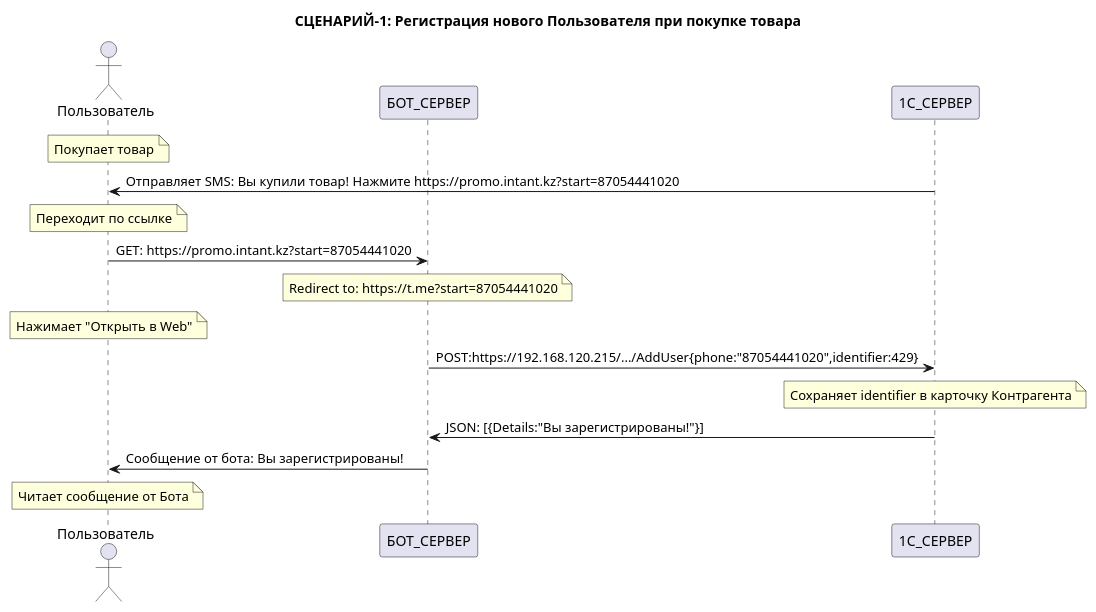
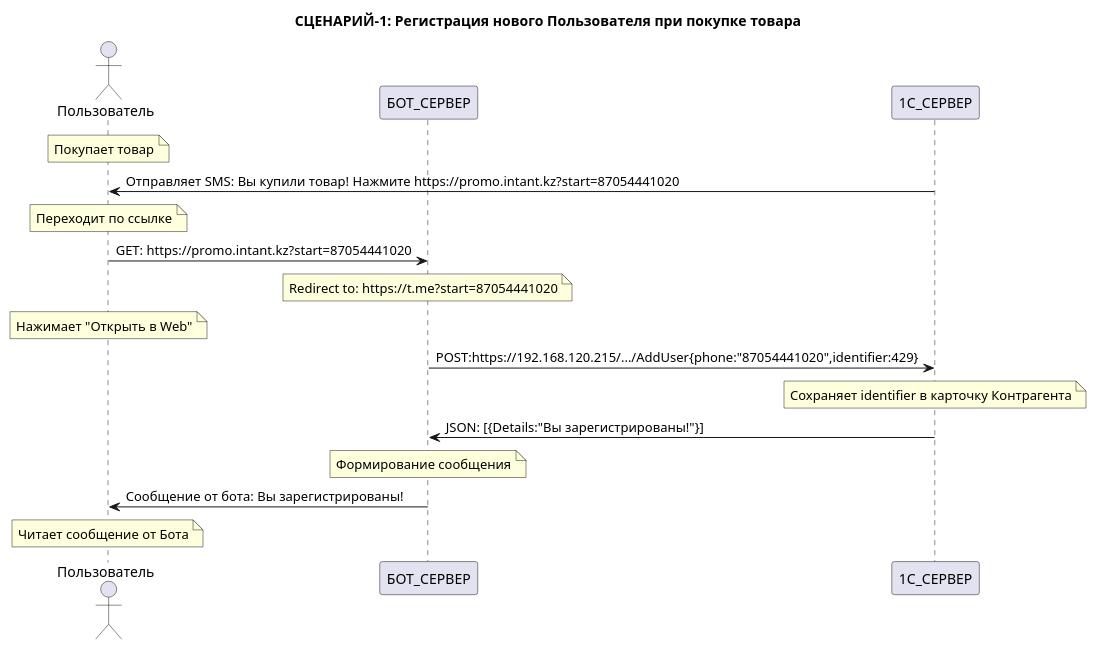
One commit to qwertukg/intant-bot changed the first of 2 diagrams in README.md. Above: the diagram before and after it, drawn with PlantUML. The commit also changed other lines of this file and 4 other files, not shown here.

````diff
--- a/README.md
+++ b/README.md
@@ -48,22 +46,22 @@
 ```plantuml
 @startuml
 title СЦЕНАРИЙ-1: Регистрация нового Пользователя при покупке товара
 
 actor Пользователь
 participant БОТ_СЕРВЕР
 participant 1С_СЕРВЕР
 
 note over Пользователь: Покупает товар
 1С_СЕРВЕР -> Пользователь: Отправляет SMS: Вы купили товар! Нажмите https://promo.intant.kz?start=87054441020
 note over Пользователь: Переходит по ссылке 
 Пользователь -> БОТ_СЕРВЕР: GET: https://promo.intant.kz?start=87054441020
 note over БОТ_СЕРВЕР: Redirect to: https://t.me?start=87054441020 
 note over Пользователь: Нажимает "Открыть в Web"
 БОТ_СЕРВЕР -> 1С_СЕРВЕР: POST:https://192.168.120.215/.../AddUser{phone:"87054441020",identifier:429}
 note over 1С_СЕРВЕР: Сохраняет identifier в карточку Контрагента
 1С_СЕРВЕР -> БОТ_СЕРВЕР: JSON: [{Details:"Вы зарегистрированы!"}]
+note over БОТ_СЕРВЕР: Формирование сообщения 
 БОТ_СЕРВЕР -> Пользователь: Сообщение от бота: Вы зарегистрированы!
 note over Пользователь: Читает сообщение от Бота
-
 @enduml
 ```
````
